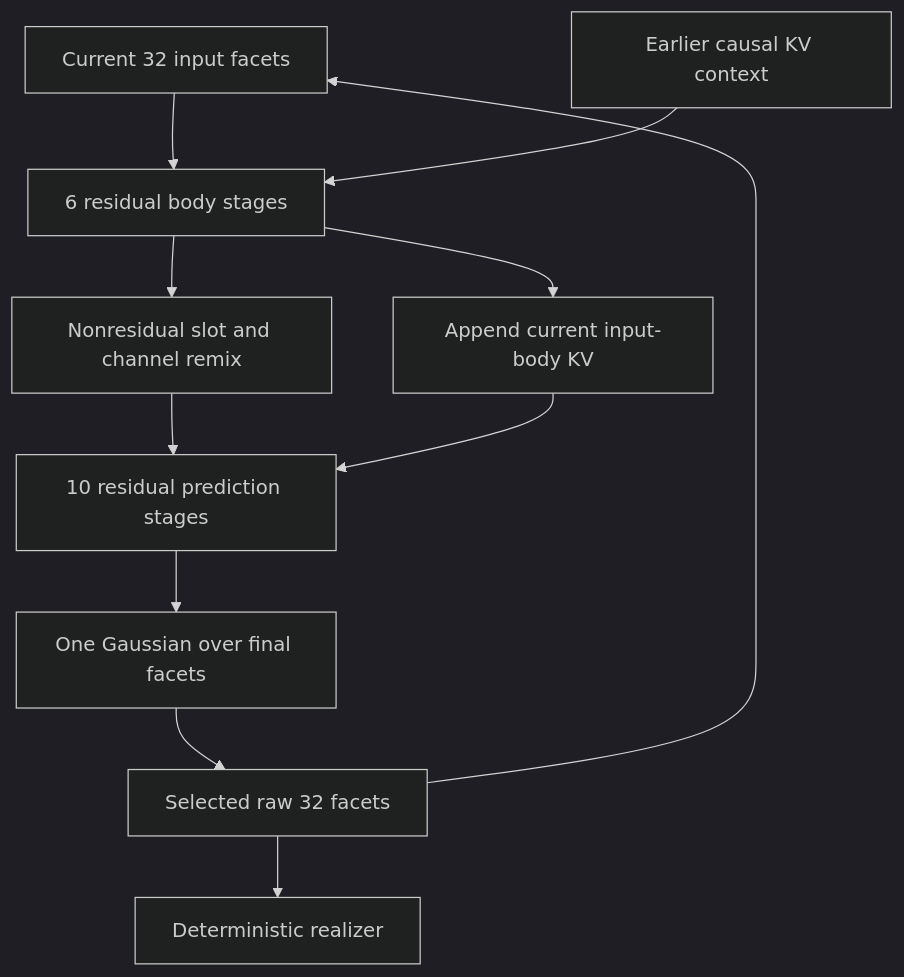
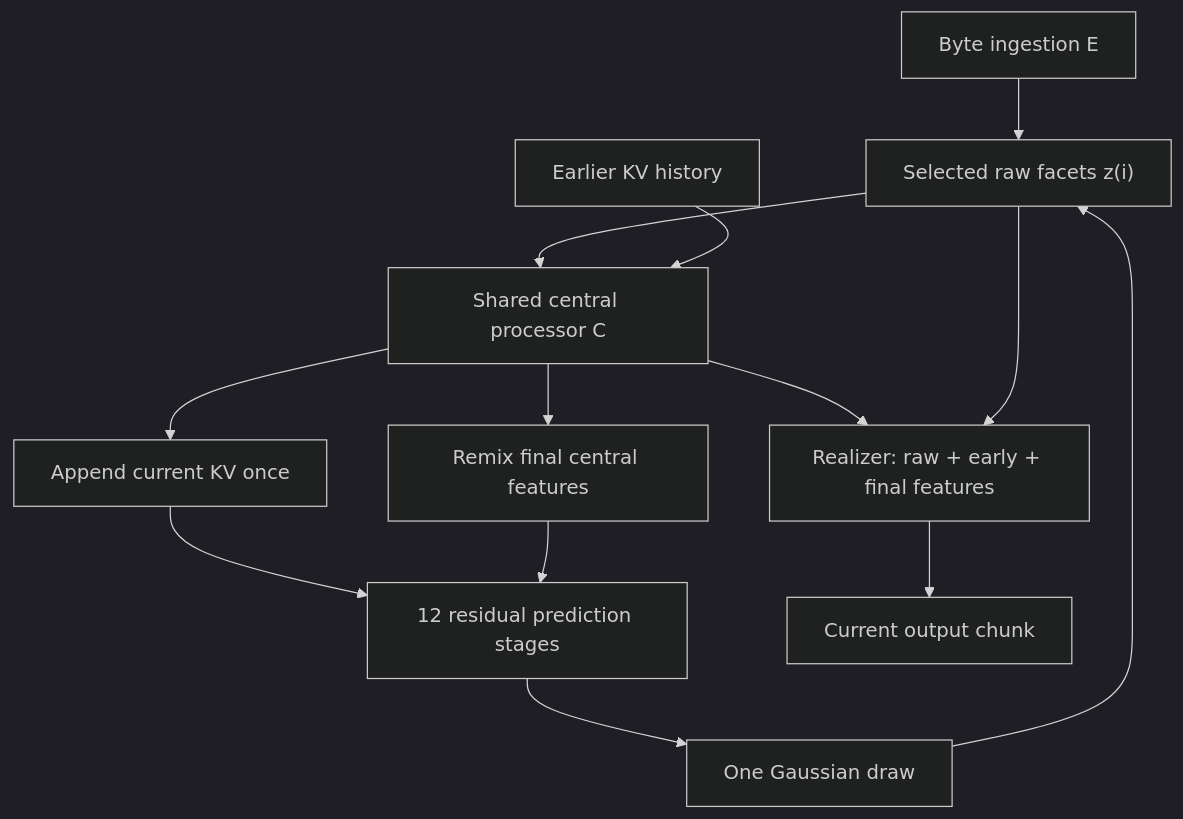
Before and after one commit to werg/megatoken: the diagram in docs/architecture.md, drawn with Mermaid (dark theme). The commit also changed other lines of this file and 53 other files, not shown here.

First line of the commit message:
Reuse central processing for contextual realization and next-facet prediction

````diff
--- a/docs/architecture.md
+++ b/docs/architecture.md
@@ -20,13 +19,15 @@
 ```mermaid
 flowchart TD
-    I["Current 32 input facets"] --> B["6 residual body stages"]
-    C["Earlier causal KV context"] --> B
-    B --> M["Nonresidual slot and channel remix"]
-    M --> P["10 residual prediction stages"]
-    B --> K["Append current input-body KV"]
-    K --> P
-    P --> G["One Gaussian over final facets"]
-    G --> Z["Selected raw 32 facets"]
-    Z --> D["Deterministic realizer"]
-    Z --> I
+    E["Byte ingestion E"] --> Z["Selected raw facets z(i)"]
+    G["One Gaussian draw"] --> Z
+    Z --> C["Shared central processor C"]
+    H["Earlier KV history"] --> C
+    C --> K["Append current KV once"]
+    C --> R["Realizer: raw + early + final features"]
+    Z --> R
+    C --> M["Remix final central features"]
+    K --> P["12 residual prediction stages"]
+    M --> P
+    P --> G
+    R --> O["Current output chunk"]
 ```
````
